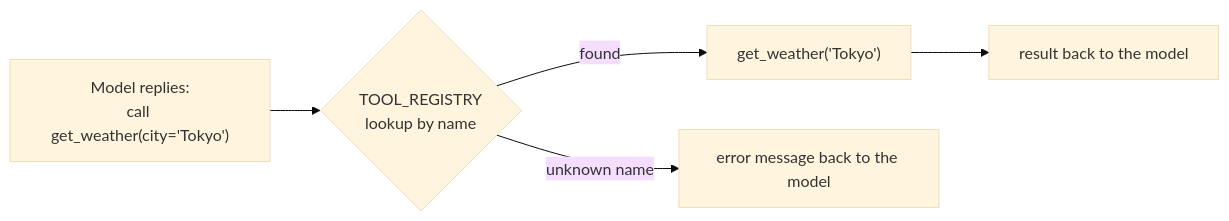
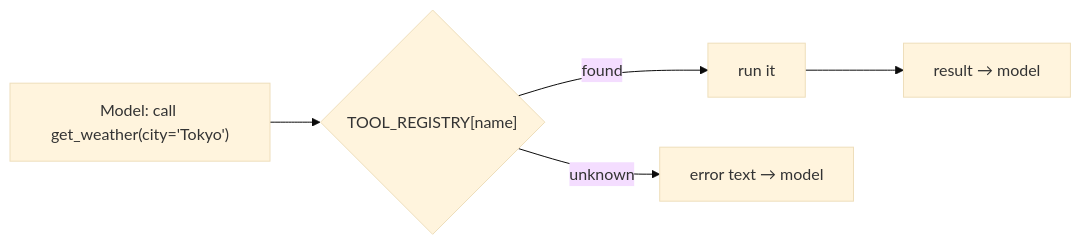
The second of 2 diagrams in books/python/01-setup-and-api-basics.md (kiaanwankhede/MyNotes), drawn with Mermaid (base theme) before and after one commit. The commit also changed other lines of this file and 3 other files, not shown here.

````diff
--- a/books/python/01-setup-and-api-basics.md
+++ b/books/python/01-setup-and-api-basics.md
@@ -231,6 +115,6 @@
 ```mermaid
 flowchart LR
-    M["Model replies:<br/>call get_weather(city='Tokyo')"] --> R{"TOOL_REGISTRY<br/>lookup by name"}
-    R -- found --> T["get_weather('Tokyo')"] --> O["result back to the model"]
-    R -- unknown name --> E["error message back to the model"]
+    M["Model: call get_weather(city='Tokyo')"] --> R{"TOOL_REGISTRY[name]"}
+    R -- found --> T["run it"] --> O["result → model"]
+    R -- unknown --> E["error text → model"]
 ```
````
